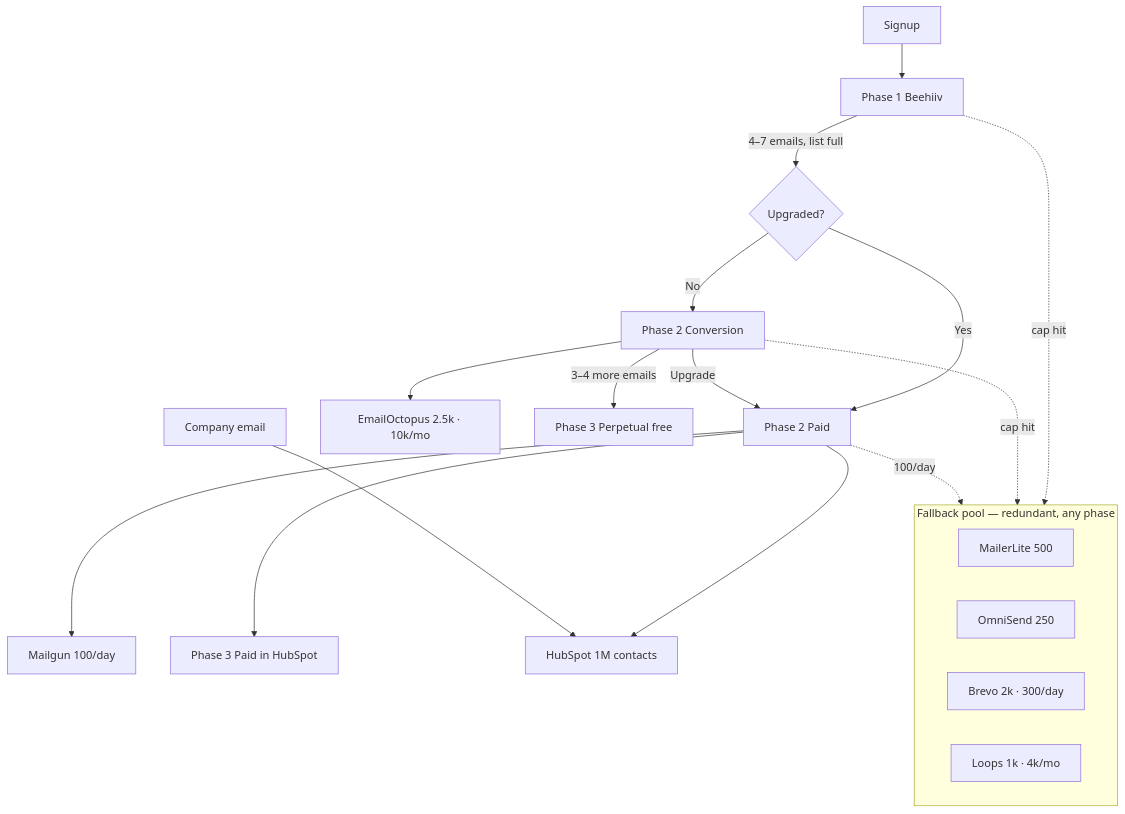
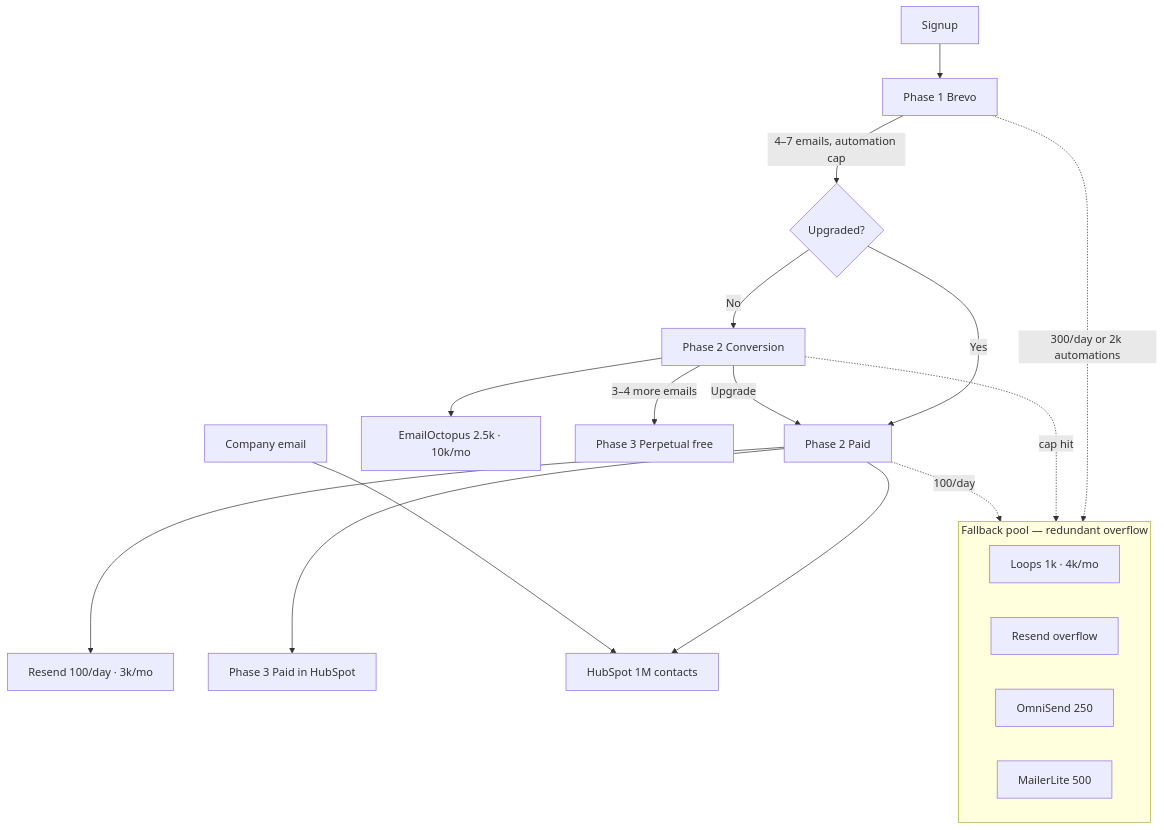
One commit to Kahana-LLC/oasis-cs-agent changed the second of 2 diagrams in docs/USER_EMAIL_MACHINE_PROPOSAL.md. Above: the diagram before and after it, drawn with Mermaid. The commit also changed other lines of this file and 5 other files, not shown here.

First line of the commit message:
Promote Brevo to Phase 1 primary and archive Beehiiv for lifecycle.

````diff
--- a/docs/USER_EMAIL_MACHINE_PROPOSAL.md
+++ b/docs/USER_EMAIL_MACHINE_PROPOSAL.md
@@ -103,25 +103,25 @@
 ```mermaid
 flowchart TB
-  signup[Signup] --> p1[Phase 1 Beehiiv]
-  p1 -->|"4–7 emails, list full"| fork{Upgraded?}
+  signup[Signup] --> p1[Phase 1 Brevo]
+  p1 -->|"4–7 emails, automation cap"| fork{Upgraded?}
   fork -->|Yes| p2p[Phase 2 Paid]
   fork -->|No| p2c[Phase 2 Conversion]
-  p2p --> MG[Mailgun 100/day]
+  p2p --> RS[Resend 100/day · 3k/mo]
   p2p --> HS[HubSpot 1M contacts]
   p2c --> EO[EmailOctopus 2.5k · 10k/mo]
   p2c -->|"3–4 more emails"| p3f[Phase 3 Perpetual free]
   p2p --> p3p[Phase 3 Paid in HubSpot]
   p2c -->|Upgrade| p2p
   company[Company email] --> HS
 
-  subgraph spill [Fallback pool — redundant, any phase]
+  subgraph spill [Fallback pool — redundant overflow]
+    LP[Loops 1k · 4k/mo]
+    RS2[Resend overflow]
+    OS[OmniSend 250]
     ML[MailerLite 500]
-    OS[OmniSend 250]
-    BR[Brevo 2k · 300/day]
-    LP[Loops 1k · 4k/mo]
   end
 
-  p1 -.->|cap hit| spill
+  p1 -.->|300/day or 2k automations| spill
   p2c -.->|cap hit| spill
   p2p -.->|100/day| spill
 ```
````
